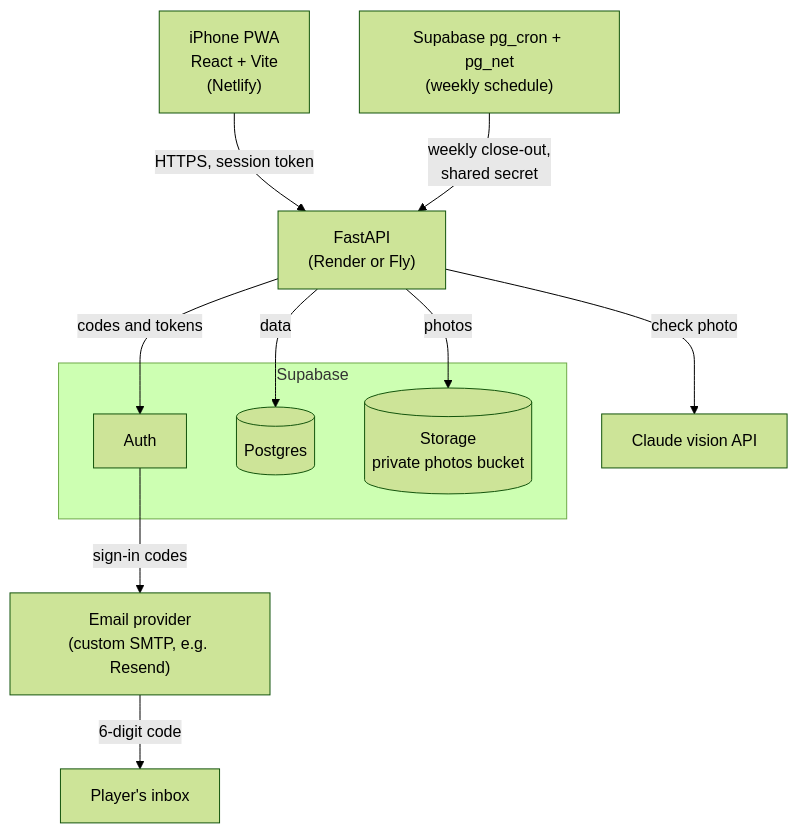
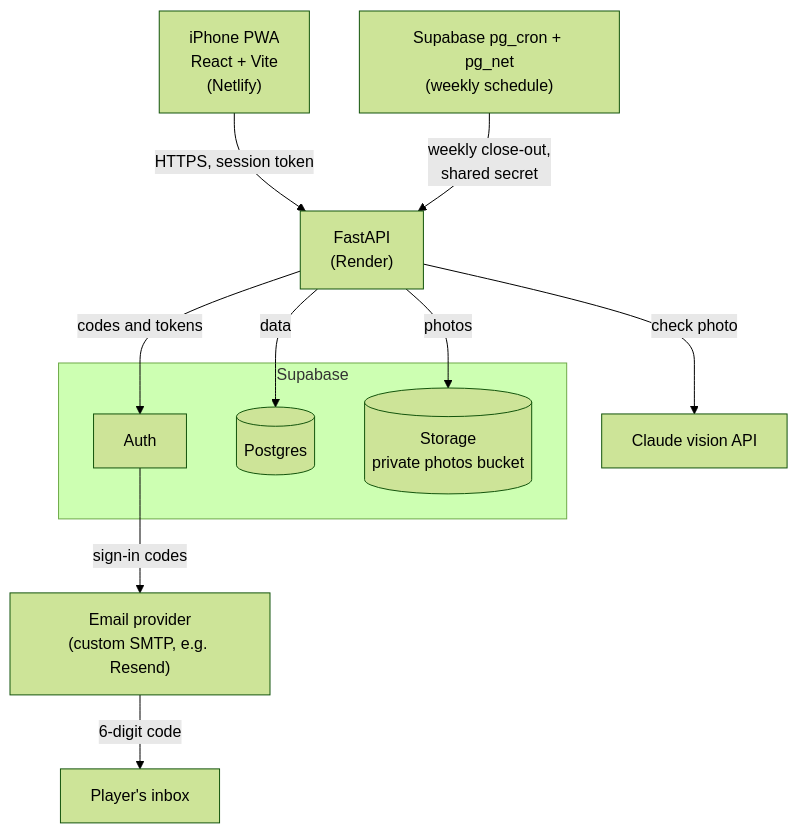
One commit to azamatsmith/soul-search changed the first of 5 diagrams in docs/architecture.md. Above: the diagram before and after it, drawn with Mermaid (forest theme). The commit also changed other lines of this file and 5 other files, not shown here.

First line of the commit message:
chore: add render deployment for the api (#22)

````diff
--- a/docs/architecture.md
+++ b/docs/architecture.md
@@ -9,24 +9,24 @@
 ```mermaid
 flowchart TB
     phone["iPhone PWA<br/>React + Vite<br/>(Netlify)"]
-    api["FastAPI<br/>(Render or Fly)"]
+    api["FastAPI<br/>(Render)"]
     claude["Claude vision API"]
     email["Email provider<br/>(custom SMTP, e.g. Resend)"]
     inbox["Player's inbox"]
     cron["Supabase pg_cron + pg_net<br/>(weekly schedule)"]
 
     subgraph supabase["Supabase"]
         auth["Auth"]
         db[("Postgres")]
         storage[("Storage<br/>private photos bucket")]
     end
 
     phone -- "HTTPS, session token" --> api
     api -- "check photo" --> claude
     api -- "codes and tokens" --> auth
     api -- "data" --> db
     api -- "photos" --> storage
     cron -- "weekly close-out,<br/>shared secret" --> api
     auth -- "sign-in codes" --> email
     email -- "6-digit code" --> inbox
 ```
````
